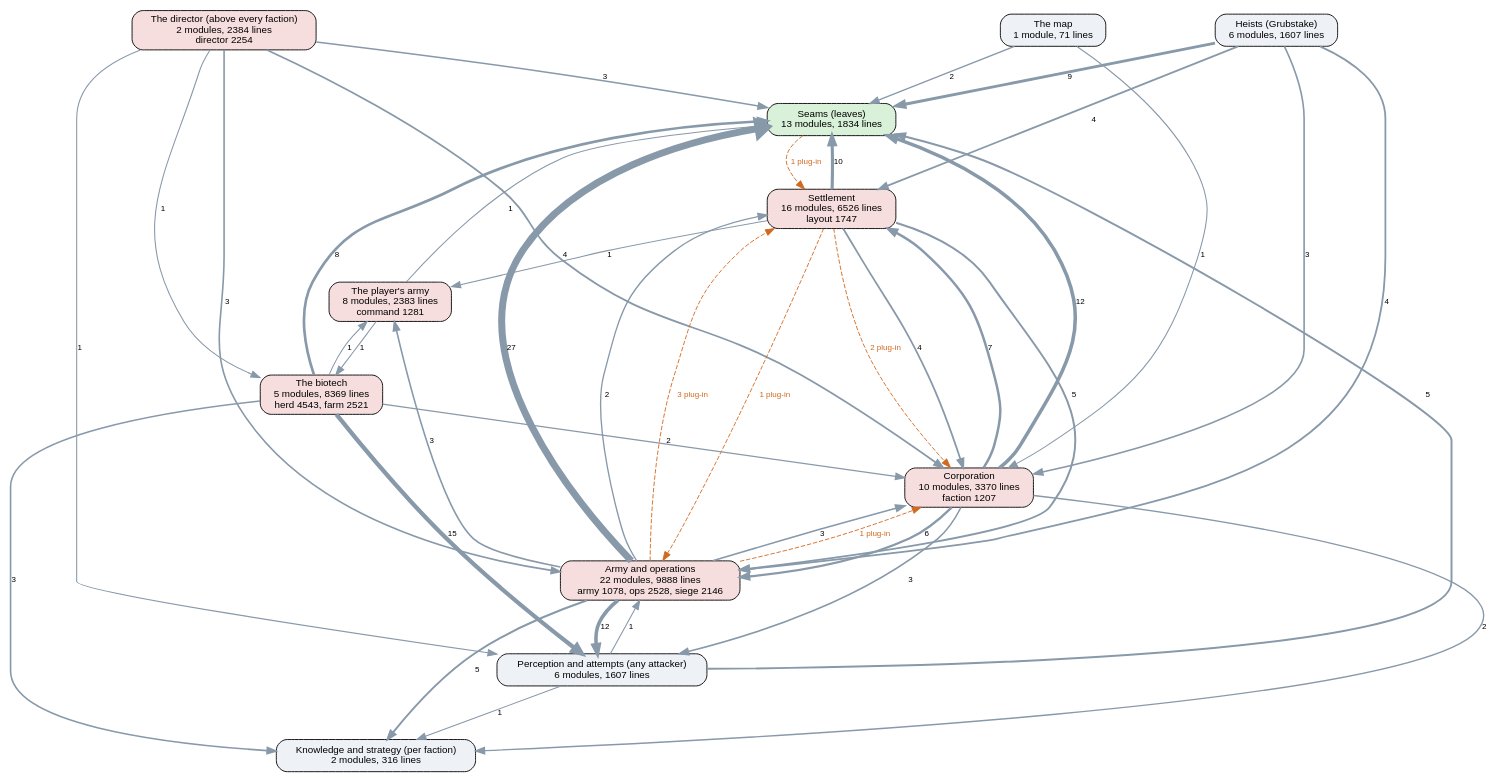
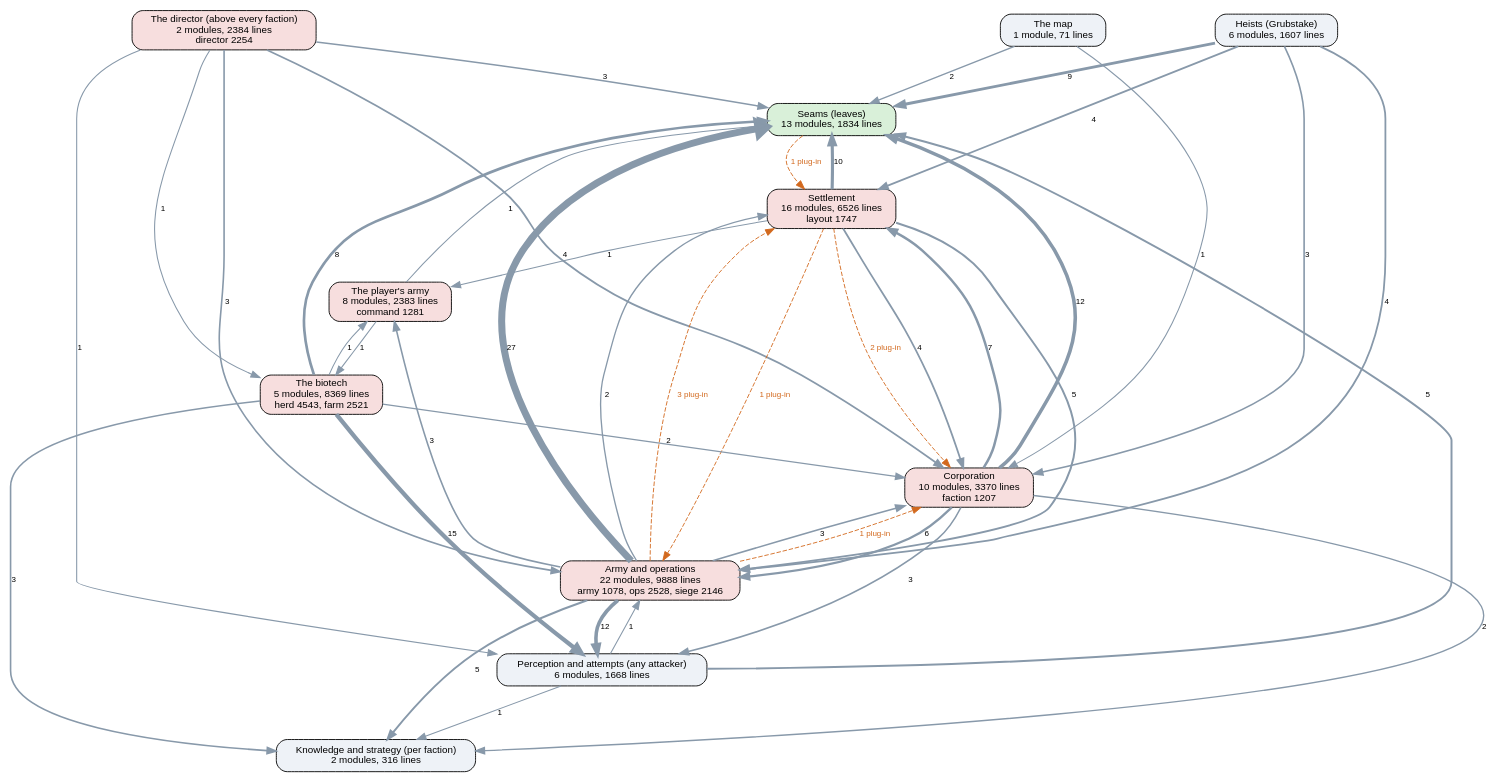
Before and after one commit to kinelhu/landing-party: the diagram in docs/ai-layers.dot, drawn with Graphviz. The commit also changed 11 other files, not shown here.

```diff
--- a/docs/ai-layers.dot
+++ b/docs/ai-layers.dot
@@ -1,57 +1,57 @@
 digraph layers {
   graph [rankdir=TB, fontname="Helvetica", nodesep=0.5, ranksep=0.7];
   node [shape=box, style="rounded,filled", fontname="Helvetica", fontsize=11, fillcolor="#eef2f7"];
   edge [color="#8899aa", fontname="Helvetica", fontsize=9];
   "Seams (leaves)" [label="Seams (leaves)\n13 modules, 1834 lines", fillcolor="#d9f0d9"];
-  "Perception and attempts (any attacker)" [label="Perception and attempts (any attacker)\n6 modules, 1607 lines", fillcolor="#eef2f7"];
+  "Perception and attempts (any attacker)" [label="Perception and attempts (any attacker)\n6 modules, 1668 lines", fillcolor="#eef2f7"];
   "Knowledge and strategy (per faction)" [label="Knowledge and strategy (per faction)\n2 modules, 316 lines", fillcolor="#eef2f7"];
   "The director (above every faction)" [label="The director (above every faction)\n2 modules, 2384 lines\ndirector 2254", fillcolor="#f7dede"];
   "Corporation" [label="Corporation\n10 modules, 3370 lines\nfaction 1207", fillcolor="#f7dede"];
   "Settlement" [label="Settlement\n16 modules, 6526 lines\nlayout 1747", fillcolor="#f7dede"];
   "Army and operations" [label="Army and operations\n22 modules, 9888 lines\narmy 1078, ops 2528, siege 2146", fillcolor="#f7dede"];
   "Heists (Grubstake)" [label="Heists (Grubstake)\n6 modules, 1607 lines", fillcolor="#eef2f7"];
   "The biotech" [label="The biotech\n5 modules, 8369 lines\nherd 4543, farm 2521", fillcolor="#f7dede"];
   "The map" [label="The map\n1 module, 71 lines", fillcolor="#eef2f7"];
   "The player's army" [label="The player's army\n8 modules, 2383 lines\ncommand 1281", fillcolor="#f7dede"];
   "Army and operations" -> "Corporation" [label="3", penwidth=1.8];
   "Army and operations" -> "Knowledge and strategy (per faction)" [label="5", penwidth=2.2];
   "Army and operations" -> "Perception and attempts (any attacker)" [label="12", penwidth=4.0];
   "Army and operations" -> "Seams (leaves)" [label="27", penwidth=7.8];
   "Army and operations" -> "Settlement" [label="2", penwidth=1.5];
   "Army and operations" -> "The player's army" [label="3", penwidth=1.8];
   "Corporation" -> "Army and operations" [label="6", penwidth=2.5];
   "Corporation" -> "Knowledge and strategy (per faction)" [label="2", penwidth=1.5];
   "Corporation" -> "Perception and attempts (any attacker)" [label="3", penwidth=1.8];
   "Corporation" -> "Seams (leaves)" [label="12", penwidth=4.0];
   "Corporation" -> "Settlement" [label="7", penwidth=2.8];
   "Heists (Grubstake)" -> "Army and operations" [label="4", penwidth=2.0];
   "Heists (Grubstake)" -> "Corporation" [label="3", penwidth=1.8];
   "Heists (Grubstake)" -> "Seams (leaves)" [label="9", penwidth=3.2];
   "Heists (Grubstake)" -> "Settlement" [label="4", penwidth=2.0];
   "Perception and attempts (any attacker)" -> "Army and operations" [label="1", penwidth=1.2];
   "Perception and attempts (any attacker)" -> "Knowledge and strategy (per faction)" [label="1", penwidth=1.2];
   "Perception and attempts (any attacker)" -> "Seams (leaves)" [label="5", penwidth=2.2];
   "Settlement" -> "Army and operations" [label="5", penwidth=2.2];
   "Settlement" -> "Corporation" [label="4", penwidth=2.0];
   "Settlement" -> "Seams (leaves)" [label="10", penwidth=3.5];
   "Settlement" -> "The player's army" [label="1", penwidth=1.2];
   "The biotech" -> "Corporation" [label="2", penwidth=1.5];
   "The biotech" -> "Knowledge and strategy (per faction)" [label="3", penwidth=1.8];
   "The biotech" -> "Perception and attempts (any attacker)" [label="15", penwidth=4.8];
   "The biotech" -> "Seams (leaves)" [label="8", penwidth=3.0];
   "The biotech" -> "The player's army" [label="1", penwidth=1.2];
   "The director (above every faction)" -> "Army and operations" [label="3", penwidth=1.8];
   "The director (above every faction)" -> "Corporation" [label="4", penwidth=2.0];
   "The director (above every faction)" -> "Perception and attempts (any attacker)" [label="1", penwidth=1.2];
   "The director (above every faction)" -> "Seams (leaves)" [label="3", penwidth=1.8];
   "The director (above every faction)" -> "The biotech" [label="1", penwidth=1.2];
   "The map" -> "Corporation" [label="1", penwidth=1.2];
   "The map" -> "Seams (leaves)" [label="2", penwidth=1.5];
   "The player's army" -> "Seams (leaves)" [label="1", penwidth=1.2];
   "The player's army" -> "The biotech" [label="1", penwidth=1.2];
   "Army and operations" -> "Corporation" [style=dashed, color="#d2691e", fontcolor="#d2691e", label="1 plug-in"];
   "Army and operations" -> "Settlement" [style=dashed, color="#d2691e", fontcolor="#d2691e", label="3 plug-in"];
   "Seams (leaves)" -> "Settlement" [style=dashed, color="#d2691e", fontcolor="#d2691e", label="1 plug-in"];
   "Settlement" -> "Army and operations" [style=dashed, color="#d2691e", fontcolor="#d2691e", label="1 plug-in"];
   "Settlement" -> "Corporation" [style=dashed, color="#d2691e", fontcolor="#d2691e", label="2 plug-in"];
 }
```
